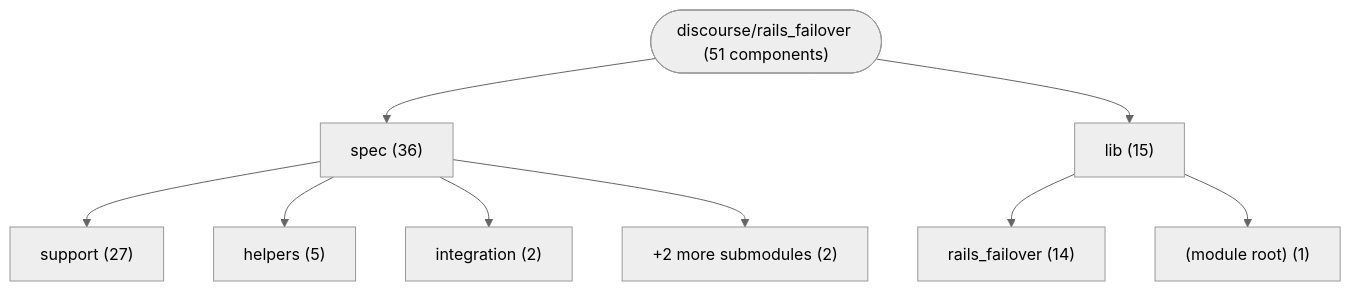
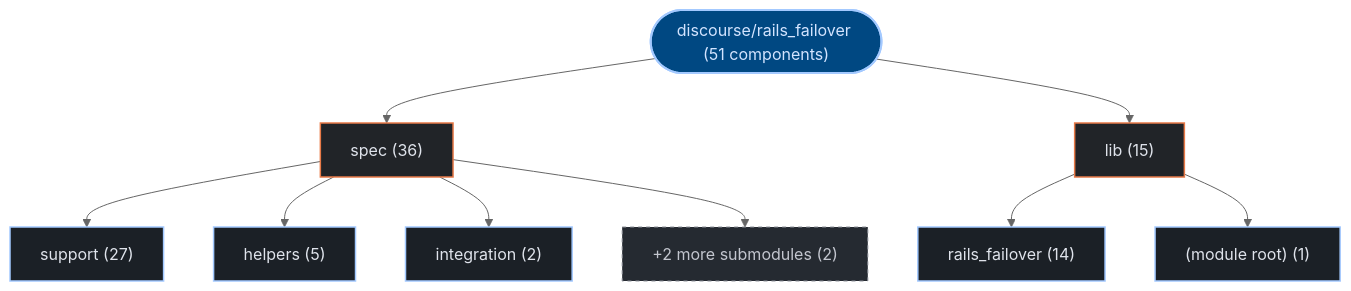
The first of 3 diagrams in exports/latest/reports/discourse-rails_failover-report.md (kumarshaz/atruss-code-atlas), drawn with Mermaid (neutral theme) before and after one commit. The commit also changed other lines of this file and 331 other files, not shown here.

Commit message:
docs,ui,fix: update SDLC docs, reorder CI/CD DAG first, stylize Mermaid, and fix Arc42 pipeline topology

````diff
--- a/exports/latest/reports/discourse-rails_failover-report.md
+++ b/exports/latest/reports/discourse-rails_failover-report.md
@@ -41,20 +41,27 @@
 ```mermaid
 graph TD;
-    repo_root(["discourse/rails_failover (51 components)"])
-    dir_0_spec["spec (36)"]
+  classDef atlasRoot fill:#004882,stroke:#a3c9ff,stroke-width:2px,color:#d3e4ff
+  classDef atlasCategory fill:#212428,stroke:#E87A48,stroke-width:1.5px,color:#dfe3eb
+  classDef atlasWorkflow fill:#1b2026,stroke:#a3c9ff,stroke-width:1.5px,color:#dfe3eb
+  classDef atlasJob fill:#171c22,stroke:#8d9199,stroke-width:1px,color:#dfe3eb
+  classDef atlasTarget fill:#005227,stroke:#8bd99b,stroke-width:1.5px,color:#a7f6b6
+  classDef atlasAlert fill:#93000a,stroke:#ffb4ab,stroke-width:1.5px,color:#ffdad6
+  classDef atlasMore fill:#252a31,stroke:#8d9199,stroke-dasharray:4 4,color:#c3c6cf
+    repo_root(["discourse/rails_failover (51 components)"]):::atlasRoot
+    dir_0_spec["spec (36)"]:::atlasCategory
     repo_root --> dir_0_spec
-    sub_0_0_support["support (27)"]
+    sub_0_0_support["support (27)"]:::atlasWorkflow
     dir_0_spec --> sub_0_0_support
-    sub_0_1_helpers["helpers (5)"]
+    sub_0_1_helpers["helpers (5)"]:::atlasWorkflow
     dir_0_spec --> sub_0_1_helpers
-    sub_0_2_integration["integration (2)"]
+    sub_0_2_integration["integration (2)"]:::atlasWorkflow
     dir_0_spec --> sub_0_2_integration
-    sub_0_more["+2 more submodules (2)"]
+    sub_0_more["+2 more submodules (2)"]:::atlasMore
     dir_0_spec --> sub_0_more
-    dir_1_lib["lib (15)"]
+    dir_1_lib["lib (15)"]:::atlasCategory
     repo_root --> dir_1_lib
-    sub_1_0_rails_failover["rails_failover (14)"]
+    sub_1_0_rails_failover["rails_failover (14)"]:::atlasWorkflow
     dir_1_lib --> sub_1_0_rails_failover
-    sub_1_1__module_root_["(module root) (1)"]
+    sub_1_1__module_root_["(module root) (1)"]:::atlasWorkflow
     dir_1_lib --> sub_1_1__module_root_
 ```
````
